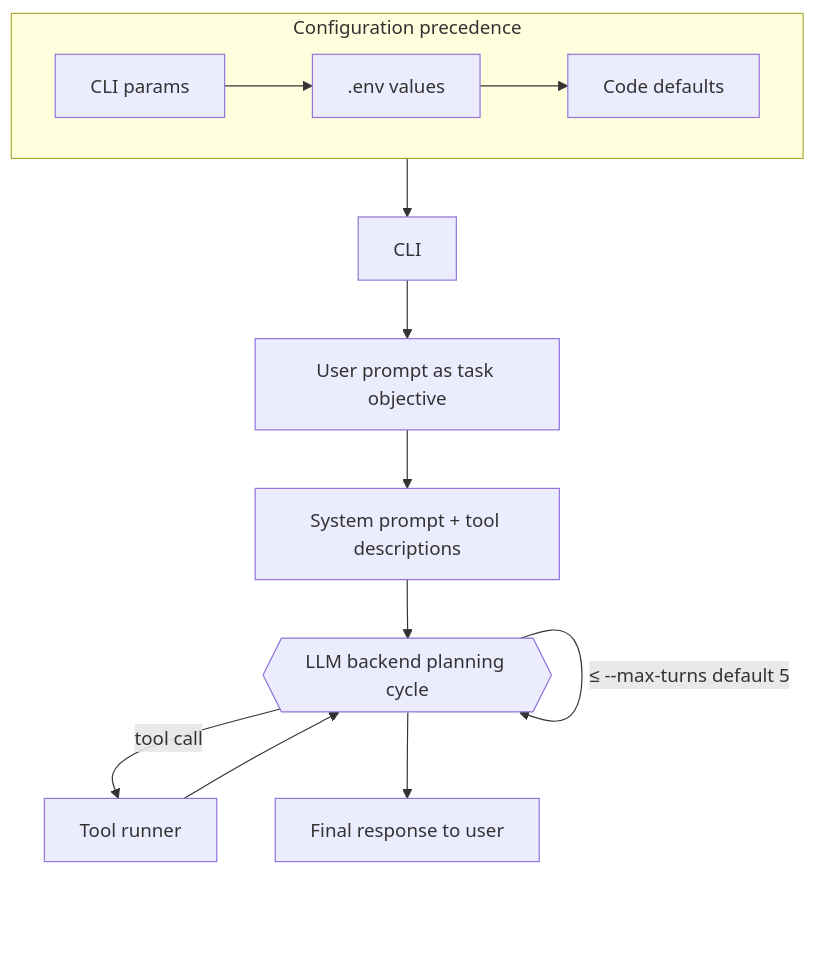
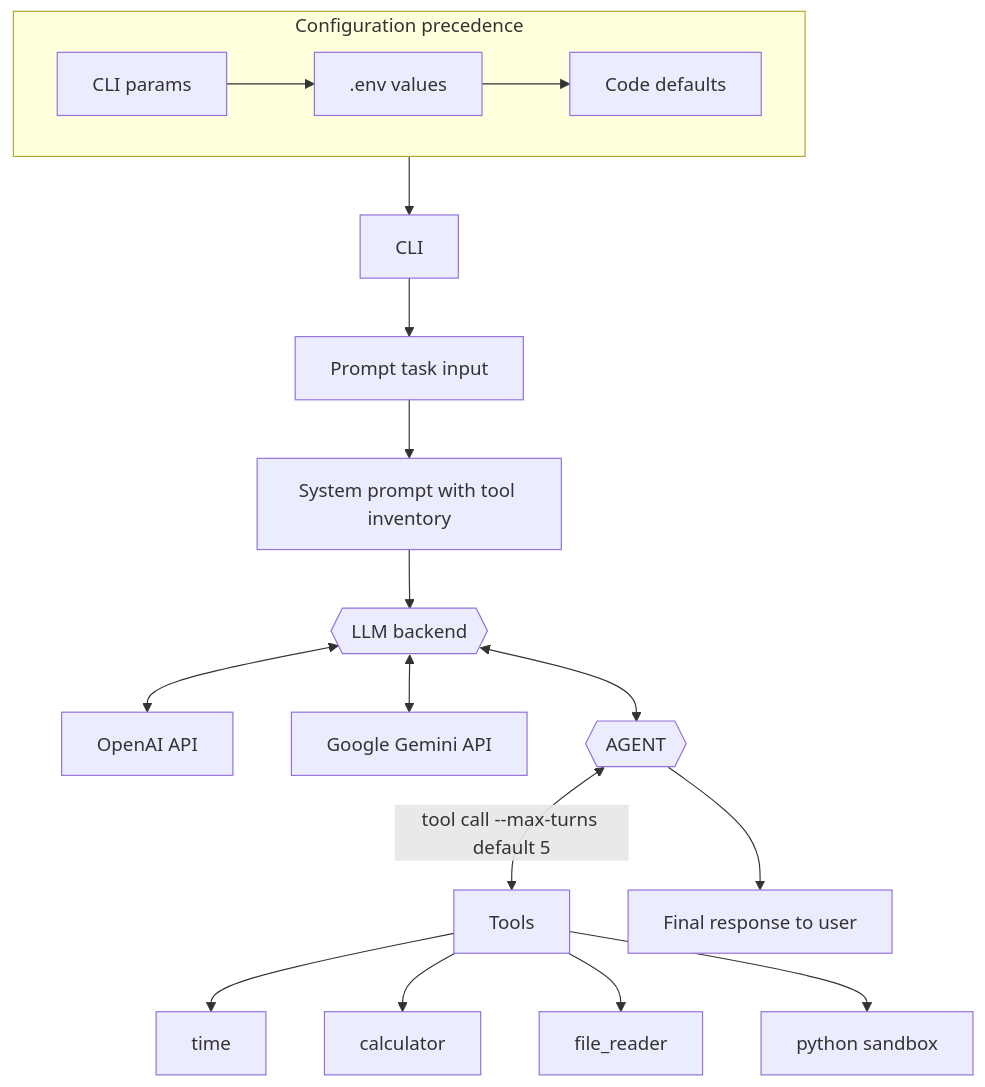
One commit to PythonicNinja/simple-agent changed the diagram in README.md. Above: the diagram before and after it, drawn with Mermaid.

Commit message:
Docs: Update README with agent architecture diagram
- Refined the agent architecture diagram in the README.
- Clarified the flow from CLI input to LLM backend and tool execution.
- Added explicit tool examples to the diagram.

````diff
--- a/README.md
+++ b/README.md
@@ -7,15 +7,20 @@
 ```mermaid
 flowchart TD
     subgraph ConfigChain[Configuration precedence]
         A1[CLI params] --> A2[.env values]
         A2 --> A3[Code defaults]
     end
     ConfigChain --> CLI
-    CLI[CLI] --> Prompt[User prompt as task objective]
-    Prompt --> SystemPrompt[System prompt + tool descriptions]
-    SystemPrompt --> Loop{{LLM backend planning cycle}}
-    Loop -->|tool call| Tools[Tool runner]
-    Tools --> Loop
-    Loop -->|≤ --max-turns default 5| Loop
+    CLI --> Prompt[Prompt task input]
+    Prompt --> SystemPrompt[System prompt with tool inventory]
+    SystemPrompt --> Backend{{LLM backend}}
+    Backend <--> B1[OpenAI API]
+    Backend <--> B2[Google Gemini API]
+    Backend <--> Loop{{AGENT}}
+    Loop <-->|tool call --max-turns default 5 | Tools[Tools]
+    Tools --> T1[time]
+    Tools --> T2[calculator]
+    Tools --> T3[file_reader]
+    Tools --> T4[python sandbox]
     Loop --> Response[Final response to user]
 ```
````
